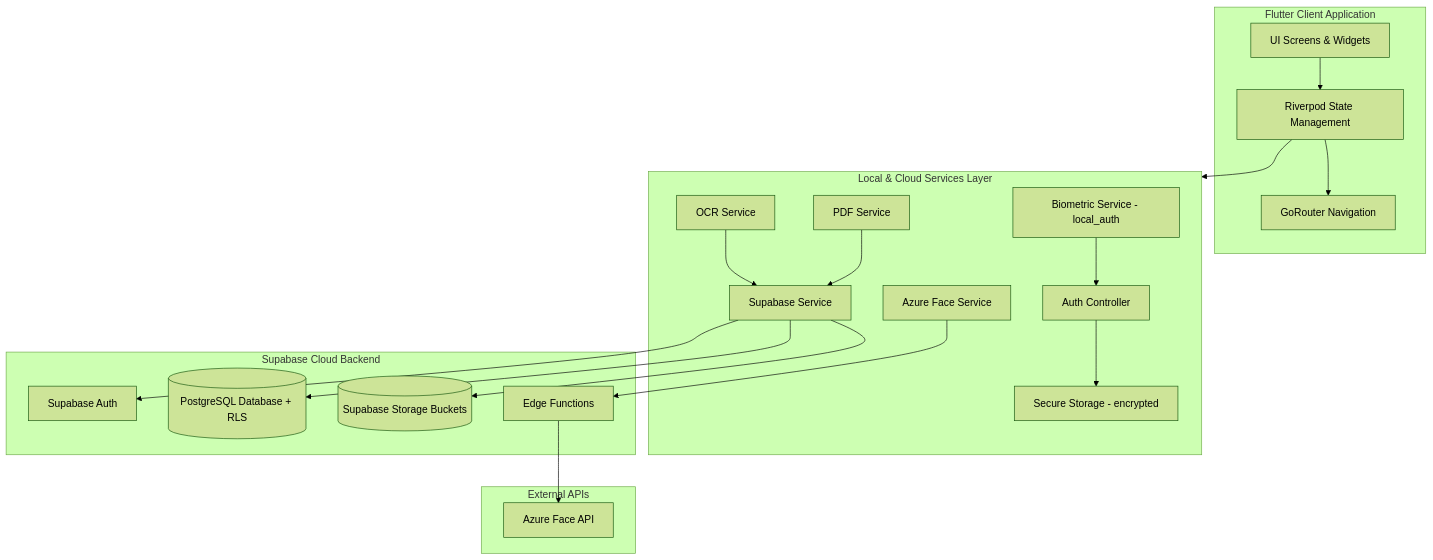
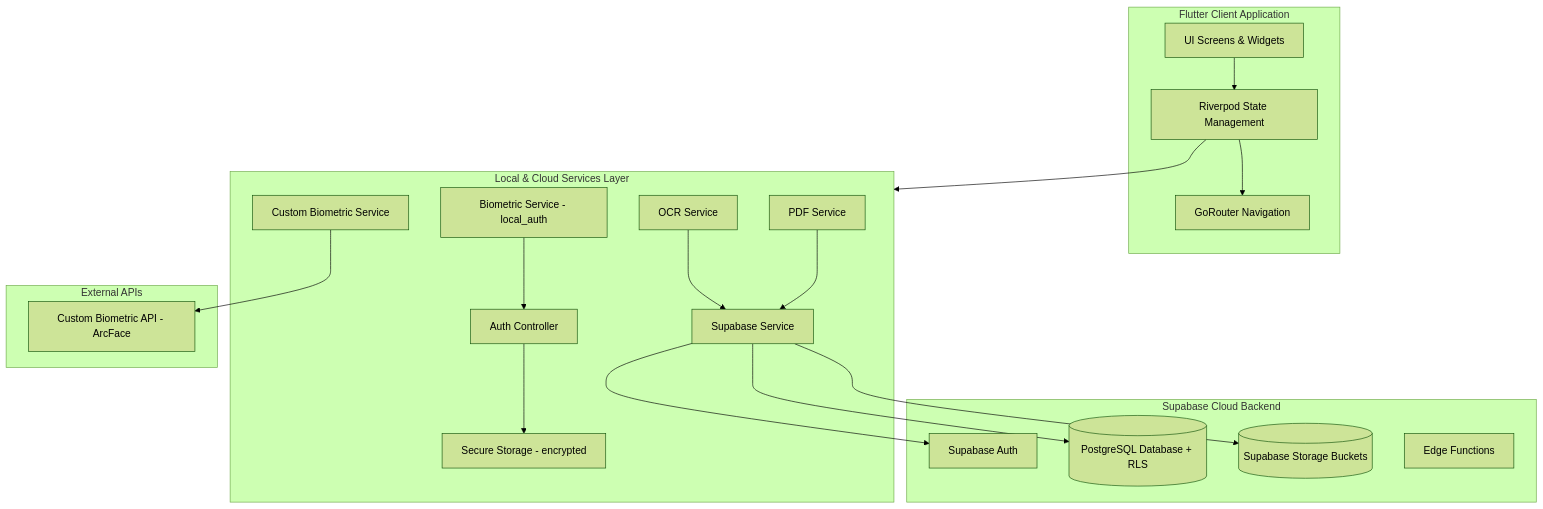
Before and after one commit to ankurrera/CareSyncMain: the first of 2 diagrams in README.md, drawn with Mermaid (forest theme). The commit also changed other lines of this file and 57 other files, not shown here.

First line of the commit message:
feat: Add custom biometric emergency flows and track backend API files

````diff
--- a/README.md
+++ b/README.md
@@ -11,50 +11,49 @@
 ```mermaid
 graph TD
     %% Frontend Applications %%
     subgraph Frontend [Flutter Client Application]
         UI[UI Screens & Widgets]
         RP[Riverpod State Management]
         Router[GoRouter Navigation]
     end
 
     %% Services Layer %%
     subgraph Services [Local & Cloud Services Layer]
         BS[Biometric Service - local_auth]
         AS[Auth Controller]
         SS[Secure Storage - encrypted]
         SbS[Supabase Service]
-        AFS[Azure Face Service]
+        AFS[Custom Biometric Service]
         PDF[PDF Service]
         OCR[OCR Service]
     end
 
     %% Backend Layer %%
     subgraph Backend [Supabase Cloud Backend]
         Auth[Supabase Auth]
         DB[(PostgreSQL Database + RLS)]
         Storage[(Supabase Storage Buckets)]
         EF[Edge Functions]
     end
 
     %% External APIs %%
     subgraph External [External APIs]
-        Azure[Azure Face API]
+        Azure[Custom Biometric API - ArcFace]
     end
 
     %% Connections %%
     UI --> RP
     RP --> Router
     RP --> Services
     
     BS --> AS
     AS --> SS
     SbS --> Auth
     SbS --> DB
     SbS --> Storage
     
-    AFS --> EF
-    EF --> Azure
+    AFS --> Azure
     
     OCR --> SbS
     PDF --> SbS
 ```
````
